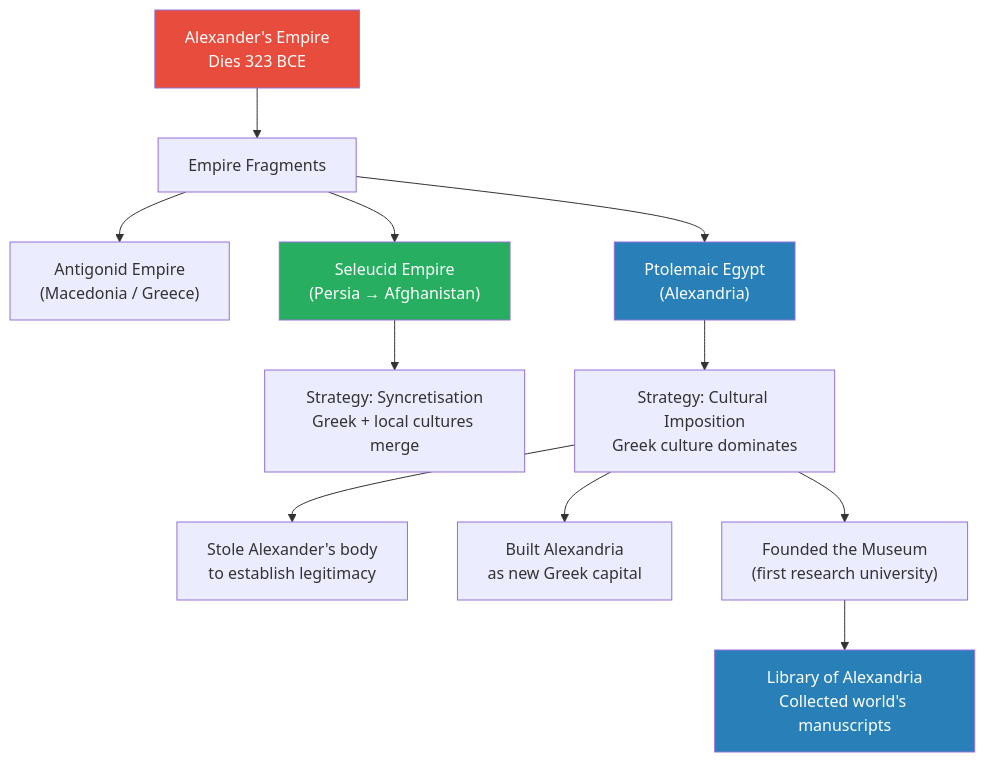
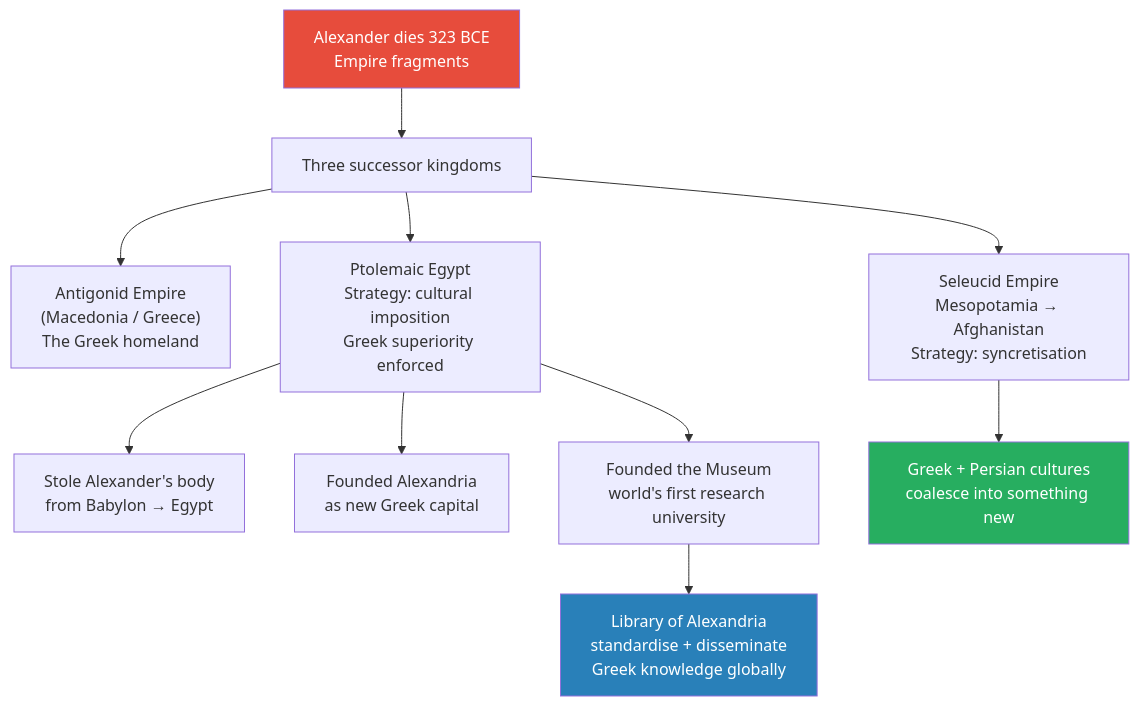
Before and after one commit to alius33/reader: the fourth of 7 diagrams in summaries/Lectures/Civilization/13 - Aristotle and the Greek Legacy.md, drawn with Mermaid. The commit also changed other lines of this file and 26 other files, not shown here.

````diff
--- a/summaries/Lectures/Civilization/13 - Aristotle and the Greek Legacy.md
+++ b/summaries/Lectures/Civilization/13 - Aristotle and the Greek Legacy.md
@@ -186,17 +221,15 @@
 ```mermaid
 flowchart TB
-    AE["Alexander's Empire<br/>Dies 323 BCE"] --> F["Empire Fragments"]
-    F --> ANT["Antigonid Empire<br/>(Macedonia / Greece)"]
-    F --> PT["Ptolemaic Egypt<br/>(Alexandria)"]
-    F --> SEL["Seleucid Empire<br/>(Persia → Afghanistan)"]
-    SEL --> SYN["Strategy: Syncretisation<br/>Greek + local cultures merge"]
-    PT --> IMP["Strategy: Cultural Imposition<br/>Greek culture dominates"]
-    IMP --> B1["Stole Alexander's body<br/>to establish legitimacy"]
-    IMP --> B2["Built Alexandria<br/>as new Greek capital"]
-    IMP --> B3["Founded the Museum<br/>(first research university)"]
-    B3 --> LIB["Library of Alexandria<br/>Collected world's manuscripts"]
+    AE["Alexander dies 323 BCE<br/>Empire fragments"] --> F["Three successor kingdoms"]
+    F --> ANT["Antigonid Empire<br/>(Macedonia / Greece)<br/>The Greek homeland"]
+    F --> PT["Ptolemaic Egypt<br/>Strategy: cultural imposition<br/>Greek superiority enforced"]
+    F --> SEL["Seleucid Empire<br/>Mesopotamia → Afghanistan<br/>Strategy: syncretisation"]
+    PT --> B1["Stole Alexander's body<br/>from Babylon → Egypt"]
+    PT --> B2["Founded Alexandria<br/>as new Greek capital"]
+    PT --> B3["Founded the Museum<br/>world's first research university"]
+    B3 --> LIB["Library of Alexandria<br/>standardise + disseminate<br/>Greek knowledge globally"]
+    SEL --> SYN["Greek + Persian cultures<br/>coalesce into something new"]
     style AE fill:#e74c3c,color:#fff
-    style PT fill:#2980b9,color:#fff
-    style SEL fill:#27ae60,color:#fff
     style LIB fill:#2980b9,color:#fff
+    style SYN fill:#27ae60,color:#fff
 ```
````
